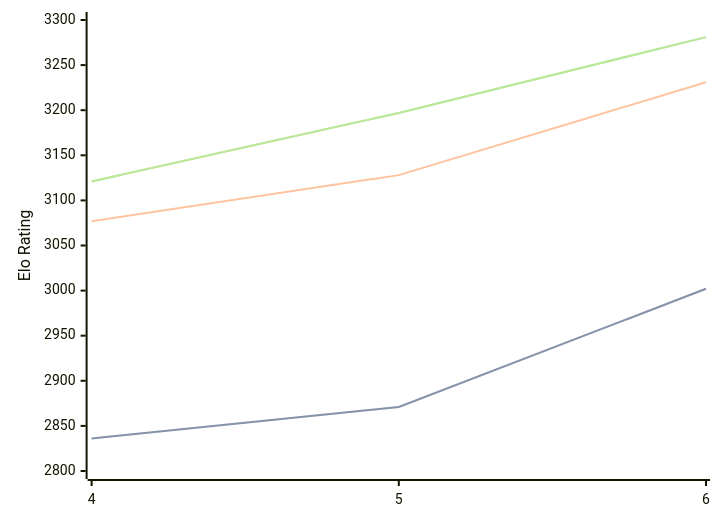
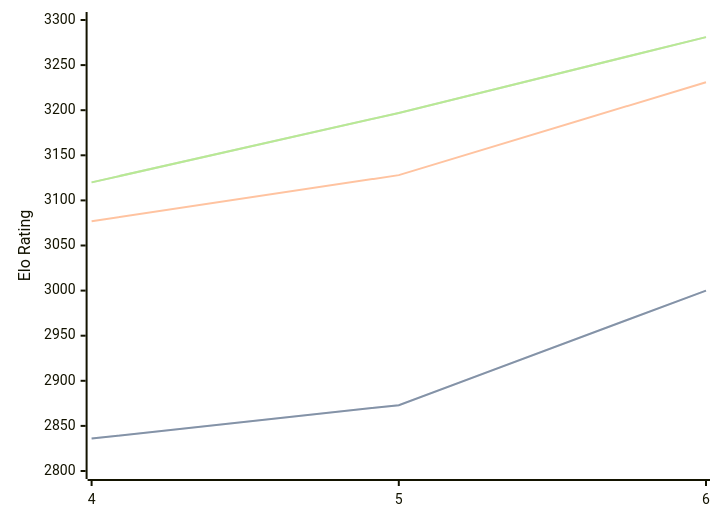
One commit to computer-chess-index/cci changed the diagram in engines/Cwtch.md. Above: the diagram before and after it, drawn with Mermaid. The commit also changed other lines of this file, not shown here.

Commit message:
Update CCI Ratings (ELO VLTC) - 2026-08-07

````diff
--- a/engines/Cwtch.md
+++ b/engines/Cwtch.md
@@ -34,11 +34,11 @@
 ```mermaid
 %%{init: {"theme":"base","themeVariables":{"seriesColors:['#a3a3a3','#222221','#faa371']}}}%%
 xychart-beta
   x-axis ["4", "5", "6"]
   y-axis "Elo Rating" 2800 --> 3300
-  line "STC (8.0+0.08s)" [2836, 2871, 3002]
-  line "STC (8.0+0.08s)" [2836, 2871, 3002]
+  line "STC (8.0+0.08s)" [2836, 2873, 3000]
+  line "STC (8.0+0.08s)" [2836, 2873, 3000]
   line "LTC (60.0+0.60s)" [3077, 3128, 3231]
-  line "VLTC (2m24s+1.12s)" [3121, 3197, 3281]
-  line "VLTC (2m24s+1.12s)" [3121, 3197, 3281]
+  line "VLTC (2m24s+1.12s)" [3120, 3197, 3281]
+  line "VLTC (2m24s+1.12s)" [3120, 3197, 3281]
 ```
````
